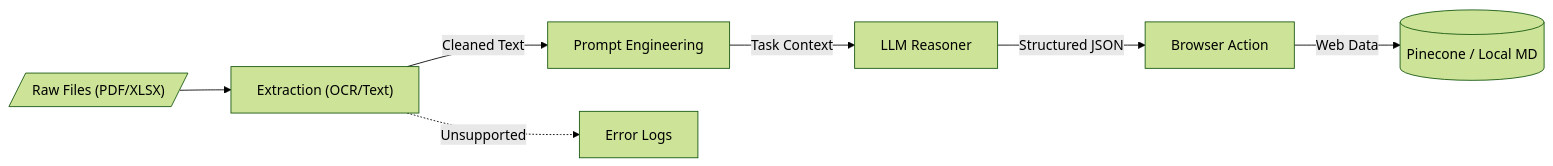
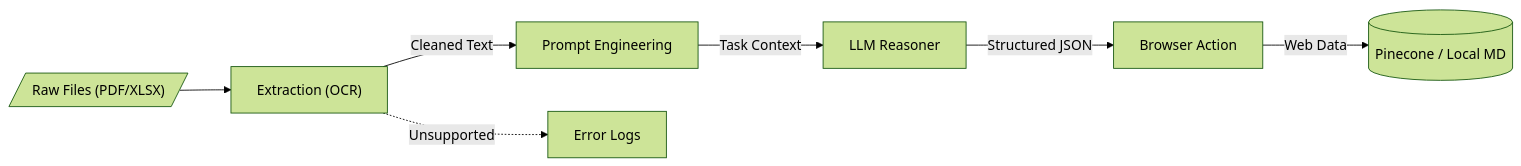
One commit to WomB0ComB0/browser-use changed the third of 3 diagrams in README.md. Above: the diagram before and after it, drawn with Mermaid (forest theme). The commit also changed other lines of this file, not shown here.

````diff
--- a/README.md
+++ b/README.md
@@ -116,10 +116,10 @@
 ```mermaid
 flowchart LR
-    Raw[/"Raw Files (PDF/XLSX)"/] --> Extract["Extraction (OCR/Text)"]
+    Raw[/"Raw Files (PDF/XLSX)"/] --> Extract["Extraction (OCR)"]
     Extract --> |"Cleaned Text"| Prompt["Prompt Engineering"]
     Prompt --> |"Task Context"| LLM["LLM Reasoner"]
     LLM --> |"Structured JSON"| Action["Browser Action"]
     Action --> |"Web Data"| Storage[("Pinecone / Local MD")]
     
     Extract -.-> |"Unsupported"| Error["Error Logs"]
 ```
````
